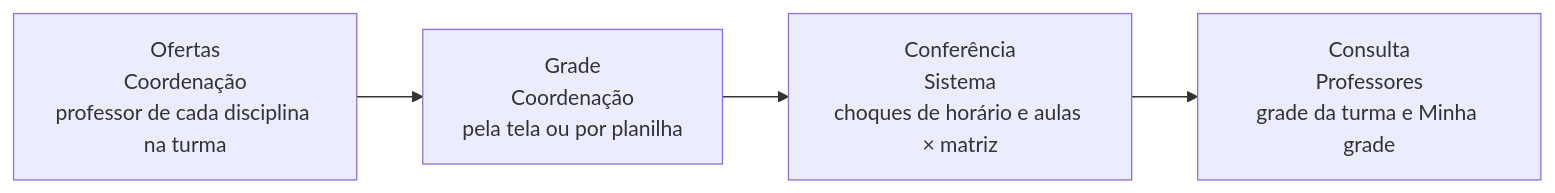
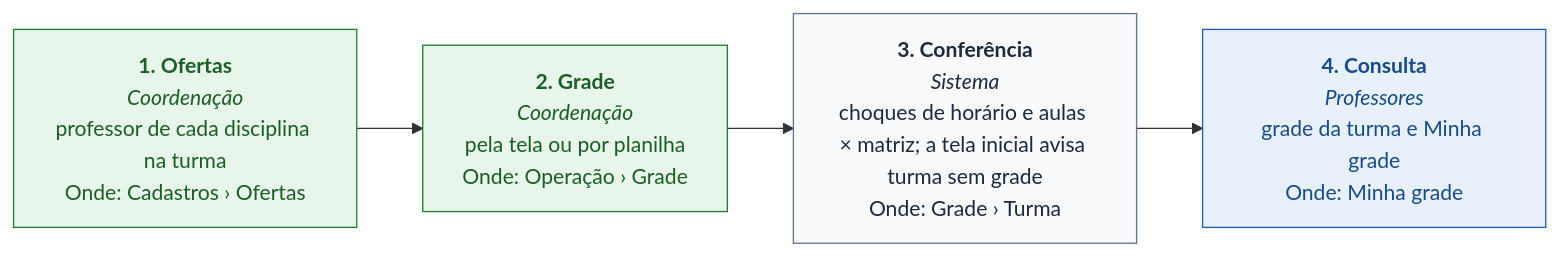
One commit to cctrc-bvg/sgc-redes-bvg changed the third of 14 diagrams in docs/MANUAL_DO_USUARIO.md. Above: the diagram before and after it, drawn with Mermaid. The commit also changed other lines of this file and 109 other files, not shown here.

````diff
--- a/docs/MANUAL_DO_USUARIO.md
+++ b/docs/MANUAL_DO_USUARIO.md
@@ -195,10 +221,15 @@
 ```mermaid
 flowchart LR
-  E0["Ofertas<br/>Coordenação<br/>professor de cada disciplina na turma"]
-  E1["Grade<br/>Coordenação<br/>pela tela ou por planilha"]
+  classDef gestao fill:#e8f5ea,stroke:#237a32,color:#1b5e27
+  classDef docencia fill:#e8f0fb,stroke:#1d5fb8,color:#174a8f
+  classDef setor fill:#fffbeb,stroke:#d97706,color:#78350f
+  classDef sistema fill:#f8fafc,stroke:#64748b,color:#1e293b
+  classDef todos fill:#ffffff,stroke:#64748b,color:#1e293b
+  E0["<b>1. Ofertas</b><br/><i>Coordenação</i><br/>professor de cada disciplina na turma<br/>Onde: Cadastros › Ofertas"]:::gestao
+  E1["<b>2. Grade</b><br/><i>Coordenação</i><br/>pela tela ou por planilha<br/>Onde: Operação › Grade"]:::gestao
   E0 --> E1
-  E2["Conferência<br/>Sistema<br/>choques de horário e aulas × matriz"]
+  E2["<b>3. Conferência</b><br/><i>Sistema</i><br/>choques de horário e aulas × matriz; a tela inicial avisa turma sem grade<br/>Onde: Grade › Turma"]:::sistema
   E1 --> E2
-  E3["Consulta<br/>Professores<br/>grade da turma e Minha grade"]
+  E3["<b>4. Consulta</b><br/><i>Professores</i><br/>grade da turma e Minha grade<br/>Onde: Minha grade"]:::docencia
   E2 --> E3
 ```
````
